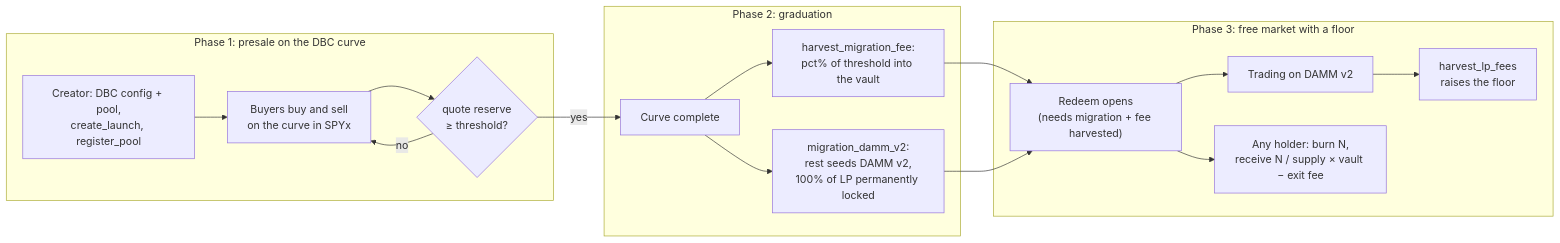
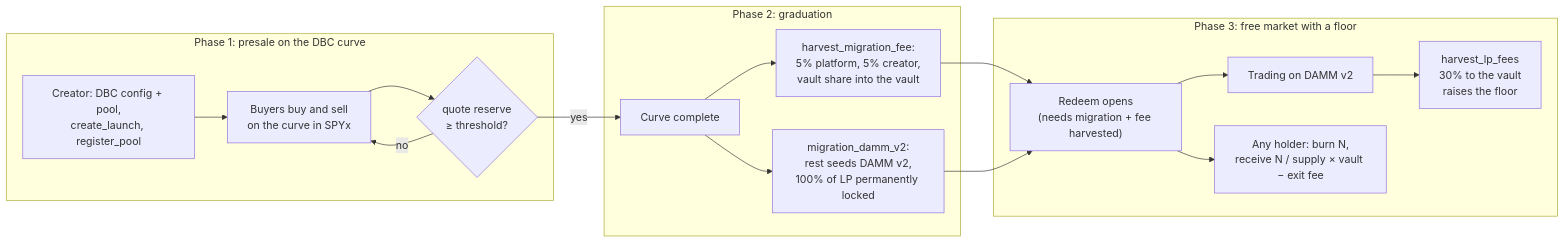
Before and after one commit to 0xrke/plinto: the first of 3 diagrams in README.md, drawn with Mermaid. The commit also changed other lines of this file and 3 other files, not shown here.

First line of the commit message:
docs: architecture, README fee tables, STATUS for the v3 fee model

````diff
--- a/README.md
+++ b/README.md
@@ -299,20 +302,20 @@
 ```mermaid
 flowchart LR
   subgraph P1["Phase 1: presale on the DBC curve"]
     A["Creator: DBC config + pool,<br/>create_launch, register_pool"] --> B["Buyers buy and sell<br/>on the curve in SPYx"]
     B --> C{"quote reserve<br/>≥ threshold?"}
     C -->|no| B
   end
   subgraph P2["Phase 2: graduation"]
     C -->|yes| D["Curve complete"]
-    D --> E["harvest_migration_fee:<br/>pct% of threshold into the vault"]
+    D --> E["harvest_migration_fee:<br/>5% platform, 5% creator,<br/>vault share into the vault"]
     D --> F["migration_damm_v2:<br/>rest seeds DAMM v2,<br/>100% of LP permanently locked"]
   end
   subgraph P3["Phase 3: free market with a floor"]
     E --> G["Redeem opens<br/>(needs migration + fee harvested)"]
     F --> G
     G --> H["Trading on DAMM v2"]
     G --> I["Any holder: burn N,<br/>receive N / supply × vault − exit fee"]
-    H --> J["harvest_lp_fees<br/>raises the floor"]
+    H --> J["harvest_lp_fees<br/>30% to the vault<br/>raises the floor"]
   end
 ```
````
